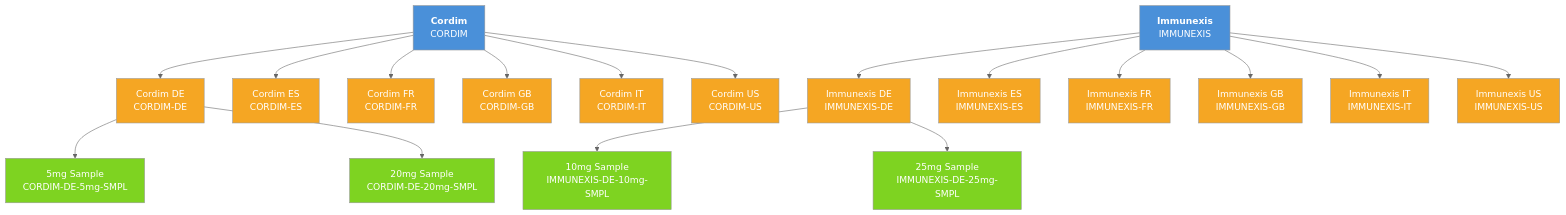
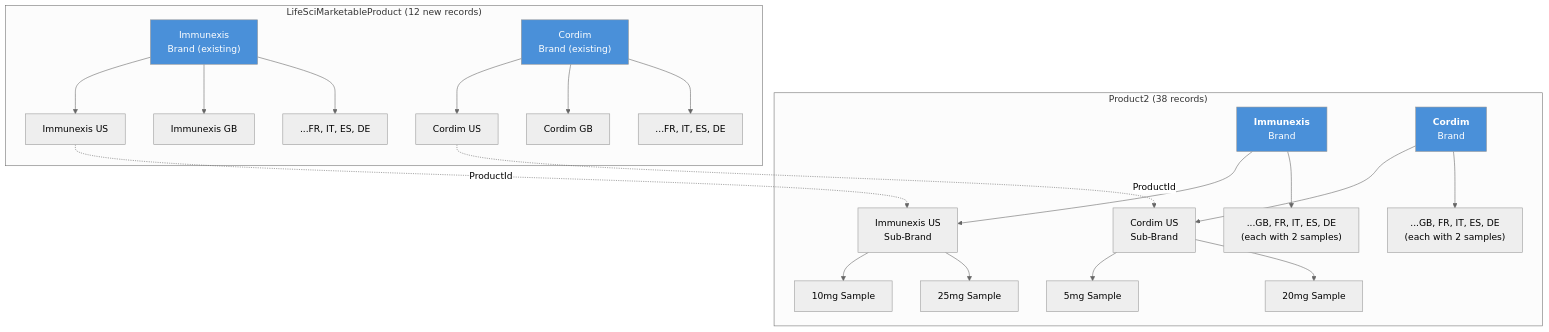
Before and after one commit to afls-ideas/Multi-Country-Brand-Setup: the third of 3 diagrams in README-04-Data-Loading-Scripts.md, drawn with Mermaid (neutral theme). The commit also changed other lines of this file, not shown here.

First line of the commit message:
Update README-04 with LifeSciMarketableProduct loading step

````diff
--- a/README-04-Data-Loading-Scripts.md
+++ b/README-04-Data-Loading-Scripts.md
@@ -178,49 +134,44 @@
 ```mermaid
 graph TD
-    COR["<b>Cordim</b><br/>CORDIM"]
-    COR_DE["Cordim DE<br/>CORDIM-DE"]
-    COR_ES["Cordim ES<br/>CORDIM-ES"]
-    COR_FR["Cordim FR<br/>CORDIM-FR"]
-    COR_GB["Cordim GB<br/>CORDIM-GB"]
-    COR_IT["Cordim IT<br/>CORDIM-IT"]
-    COR_US["Cordim US<br/>CORDIM-US"]
+    subgraph "Product2 (38 records)"
+        IMM["<b>Immunexis</b><br/>Brand"]
+        IMM_US["Immunexis US<br/>Sub-Brand"]
+        IMM_US_10["10mg Sample"]
+        IMM_US_25["25mg Sample"]
+        IMM --> IMM_US
+        IMM_US --> IMM_US_10
+        IMM_US --> IMM_US_25
+        IMM --> IMM_ETC["...GB, FR, IT, ES, DE<br/>(each with 2 samples)"]
 
-    COR_DE_5["5mg Sample<br/>CORDIM-DE-5mg-SMPL"]
-    COR_DE_20["20mg Sample<br/>CORDIM-DE-20mg-SMPL"]
+        COR["<b>Cordim</b><br/>Brand"]
+        COR_US["Cordim US<br/>Sub-Brand"]
+        COR_US_5["5mg Sample"]
+        COR_US_20["20mg Sample"]
+        COR --> COR_US
+        COR_US --> COR_US_5
+        COR_US --> COR_US_20
+        COR --> COR_ETC["...GB, FR, IT, ES, DE<br/>(each with 2 samples)"]
+    end
 
-    COR --> COR_DE & COR_ES & COR_FR & COR_GB & COR_IT & COR_US
-    COR_DE --> COR_DE_5 & COR_DE_20
+    subgraph "LifeSciMarketableProduct (12 new records)"
+        MKIMM["Immunexis<br/>Brand (existing)"]
+        MKIMM_US["Immunexis US"]
+        MKIMM_GB["Immunexis GB"]
+        MKIMM_ETC["...FR, IT, ES, DE"]
+        MKIMM --> MKIMM_US & MKIMM_GB & MKIMM_ETC
 
-    IMM["<b>Immunexis</b><br/>IMMUNEXIS"]
-    IMM_DE["Immunexis DE<br/>IMMUNEXIS-DE"]
-    IMM_ES["Immunexis ES<br/>IMMUNEXIS-ES"]
-    IMM_FR["Immunexis FR<br/>IMMUNEXIS-FR"]
-    IMM_GB["Immunexis GB<br/>IMMUNEXIS-GB"]
-    IMM_IT["Immunexis IT<br/>IMMUNEXIS-IT"]
-    IMM_US["Immunexis US<br/>IMMUNEXIS-US"]
+        MKCOR["Cordim<br/>Brand (existing)"]
+        MKCOR_US["Cordim US"]
+        MKCOR_GB["Cordim GB"]
+        MKCOR_ETC["...FR, IT, ES, DE"]
+        MKCOR --> MKCOR_US & MKCOR_GB & MKCOR_ETC
+    end
 
-    IMM_DE_10["10mg Sample<br/>IMMUNEXIS-DE-10mg-SMPL"]
-    IMM_DE_25["25mg Sample<br/>IMMUNEXIS-DE-25mg-SMPL"]
+    MKIMM_US -.->|ProductId| IMM_US
+    MKCOR_US -.->|ProductId| COR_US
 
-    IMM --> IMM_DE & IMM_ES & IMM_FR & IMM_GB & IMM_IT & IMM_US
-    IMM_DE --> IMM_DE_10 & IMM_DE_25
-
+    style IMM fill:#4a90d9,color:#fff
     style COR fill:#4a90d9,color:#fff
-    style IMM fill:#4a90d9,color:#fff
-    style COR_DE fill:#f5a623,color:#fff
-    style COR_ES fill:#f5a623,color:#fff
-    style COR_FR fill:#f5a623,color:#fff
-    style COR_GB fill:#f5a623,color:#fff
-    style COR_IT fill:#f5a623,color:#fff
-    style COR_US fill:#f5a623,color:#fff
-    style IMM_DE fill:#f5a623,color:#fff
-    style IMM_ES fill:#f5a623,color:#fff
-    style IMM_FR fill:#f5a623,color:#fff
-    style IMM_GB fill:#f5a623,color:#fff
-    style IMM_IT fill:#f5a623,color:#fff
-    style IMM_US fill:#f5a623,color:#fff
-    style COR_DE_5 fill:#7ed321,color:#fff
-    style COR_DE_20 fill:#7ed321,color:#fff
-    style IMM_DE_10 fill:#7ed321,color:#fff
-    style IMM_DE_25 fill:#7ed321,color:#fff
+    style MKIMM fill:#4a90d9,color:#fff
+    style MKCOR fill:#4a90d9,color:#fff
 ```
````
